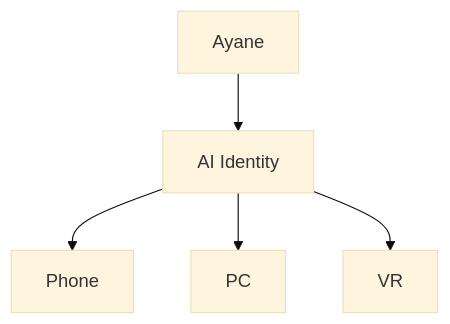
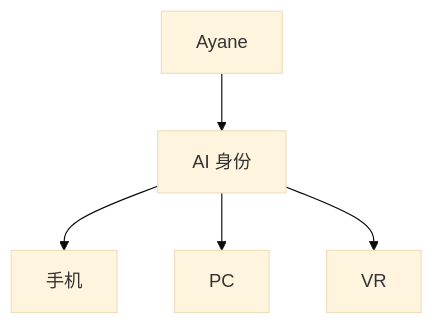
The fifth of 12 diagrams in product/产品愿景与总纲.md (ayane-ai/ayane-docs), drawn with Mermaid (base theme) before and after one commit. The commit also changed other lines of this file and 8 other files, not shown here.

````diff
--- a/product/产品愿景与总纲.md
+++ b/product/产品愿景与总纲.md
@@ -325,7 +357,7 @@
 ```mermaid
 flowchart TD
-    ayane["Ayane"] --> identity["AI Identity"]
-    identity --> phone["Phone"]
+    ayane["Ayane"] --> identity["AI 身份"]
+    identity --> phone["手机"]
     identity --> pc["PC"]
     identity --> vr["VR"]
 ```
````
